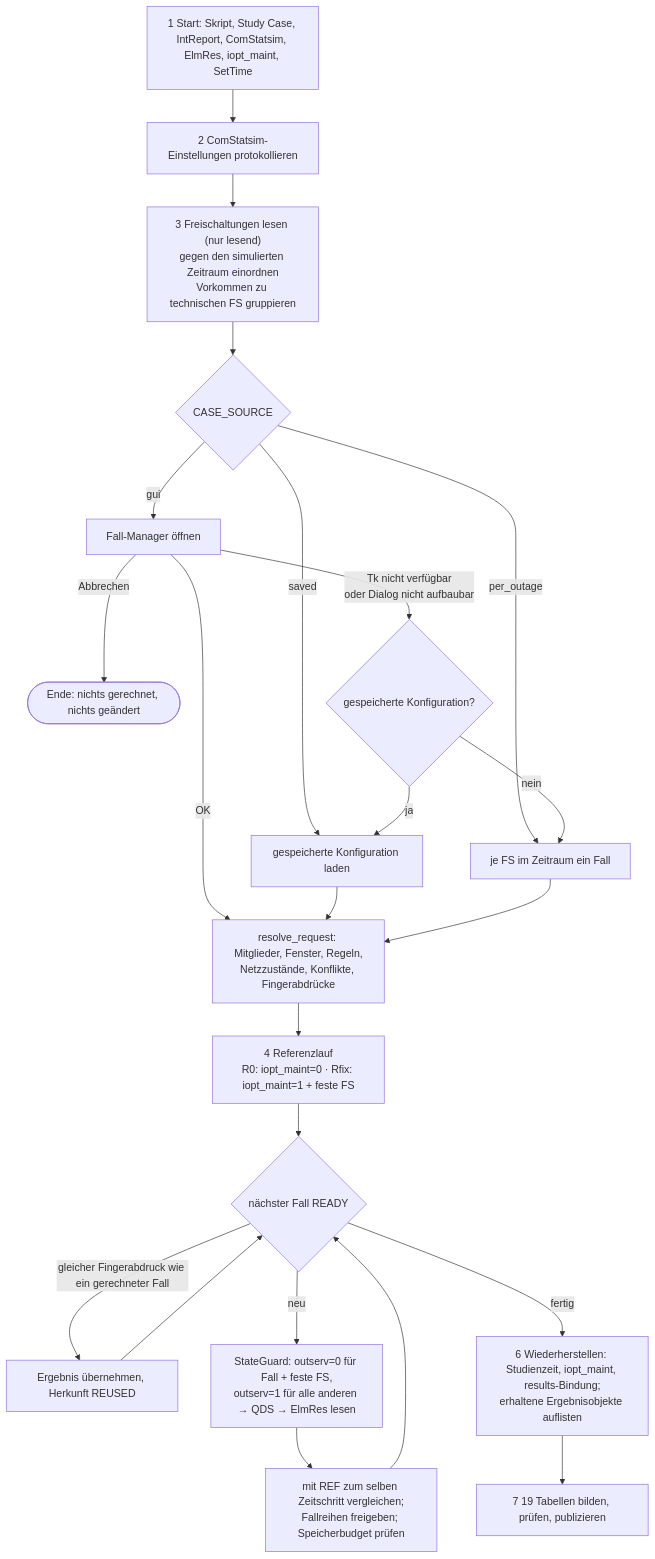
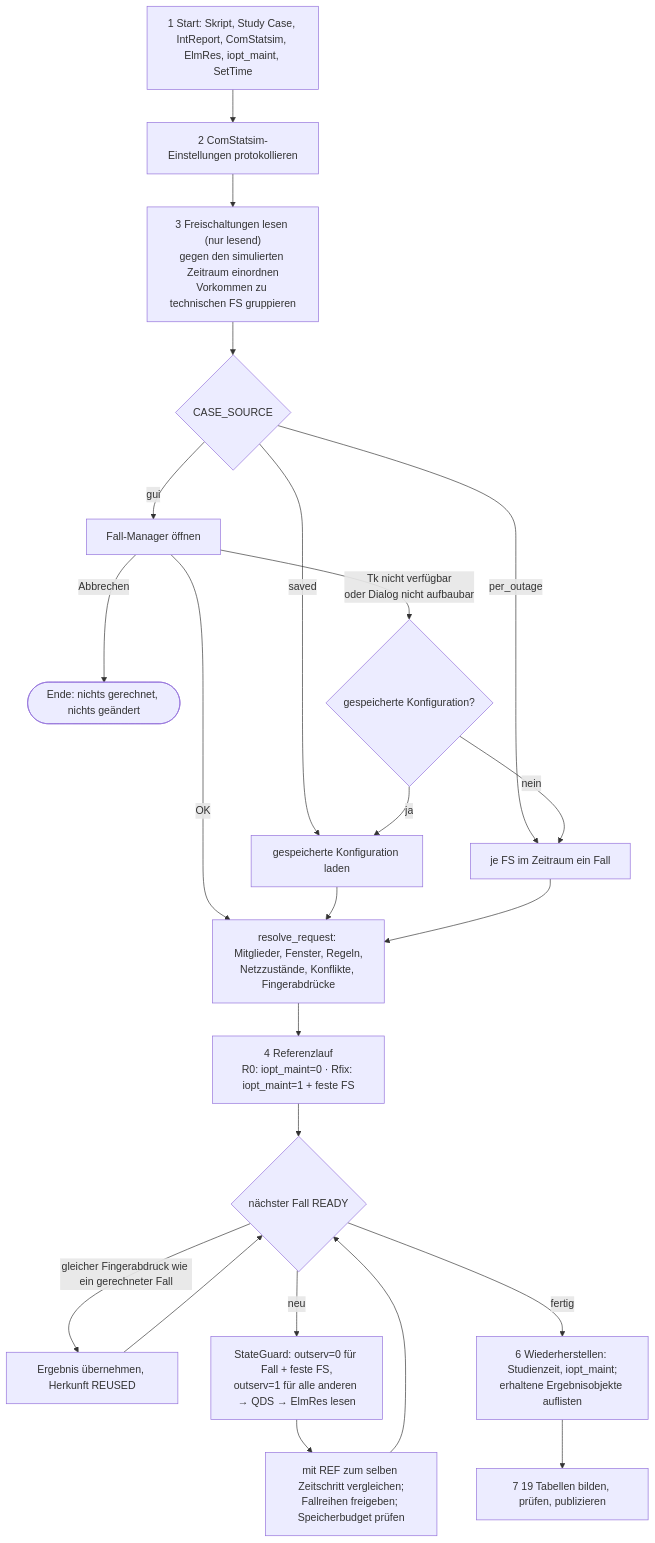
One commit to hadiibrahim-Engin/GridLensAssessment changed the second of 8 diagrams in docs/de/ARCHITEKTUR.md. Above: the diagram before and after it, drawn with Mermaid. The commit also changed other lines of this file and 11 other files, not shown here.

````diff
--- a/docs/de/ARCHITEKTUR.md
+++ b/docs/de/ARCHITEKTUR.md
@@ -152,25 +152,25 @@
 ```mermaid
 flowchart TD
     S1["1 Start: Skript, Study Case, IntReport, ComStatsim, ElmRes, iopt_maint, SetTime"] --> S2["2 ComStatsim-Einstellungen protokollieren"]
     S2 --> S3["3 Freischaltungen lesen (nur lesend)<br/>gegen den simulierten Zeitraum einordnen<br/>Vorkommen zu technischen FS gruppieren"]
     S3 --> SRC{"CASE_SOURCE"}
     SRC -- per_outage --> PO["je FS im Zeitraum ein Fall"]
     SRC -- saved --> SV["gespeicherte Konfiguration laden"]
     SRC -- gui --> G["Fall-Manager öffnen"]
     G -- Abbrechen --> X(["Ende: nichts gerechnet, nichts geändert"])
     G -- "Tk nicht verfügbar<br/>oder Dialog nicht aufbaubar" --> FB{"gespeicherte Konfiguration?"}
     FB -- ja --> SV
     FB -- nein --> PO
     G -- OK --> RQ
     SV --> RQ
     PO --> RQ["resolve_request: Mitglieder, Fenster, Regeln,<br/>Netzzustände, Konflikte, Fingerabdrücke"]
     RQ --> S4["4 Referenzlauf<br/>R0: iopt_maint=0 · Rfix: iopt_maint=1 + feste FS"]
     S4 --> LOOP{"nächster Fall READY"}
     LOOP -- "gleicher Fingerabdruck wie ein gerechneter Fall" --> REUSE["Ergebnis übernehmen, Herkunft REUSED"]
     LOOP -- neu --> RUN["StateGuard: outserv=0 für Fall + feste FS,<br/>outserv=1 für alle anderen → QDS → ElmRes lesen"]
     RUN --> CMP["mit REF zum selben Zeitschritt vergleichen;<br/>Fallreihen freigeben; Speicherbudget prüfen"]
     CMP --> LOOP
     REUSE --> LOOP
-    LOOP -- fertig --> S6["6 Wiederherstellen: Studienzeit, iopt_maint, results-Bindung;<br/>erhaltene Ergebnisobjekte auflisten"]
+    LOOP -- fertig --> S6["6 Wiederherstellen: Studienzeit, iopt_maint;<br/>erhaltene Ergebnisobjekte auflisten"]
     S6 --> S7["7 19 Tabellen bilden, prüfen, publizieren"]
 ```
````
